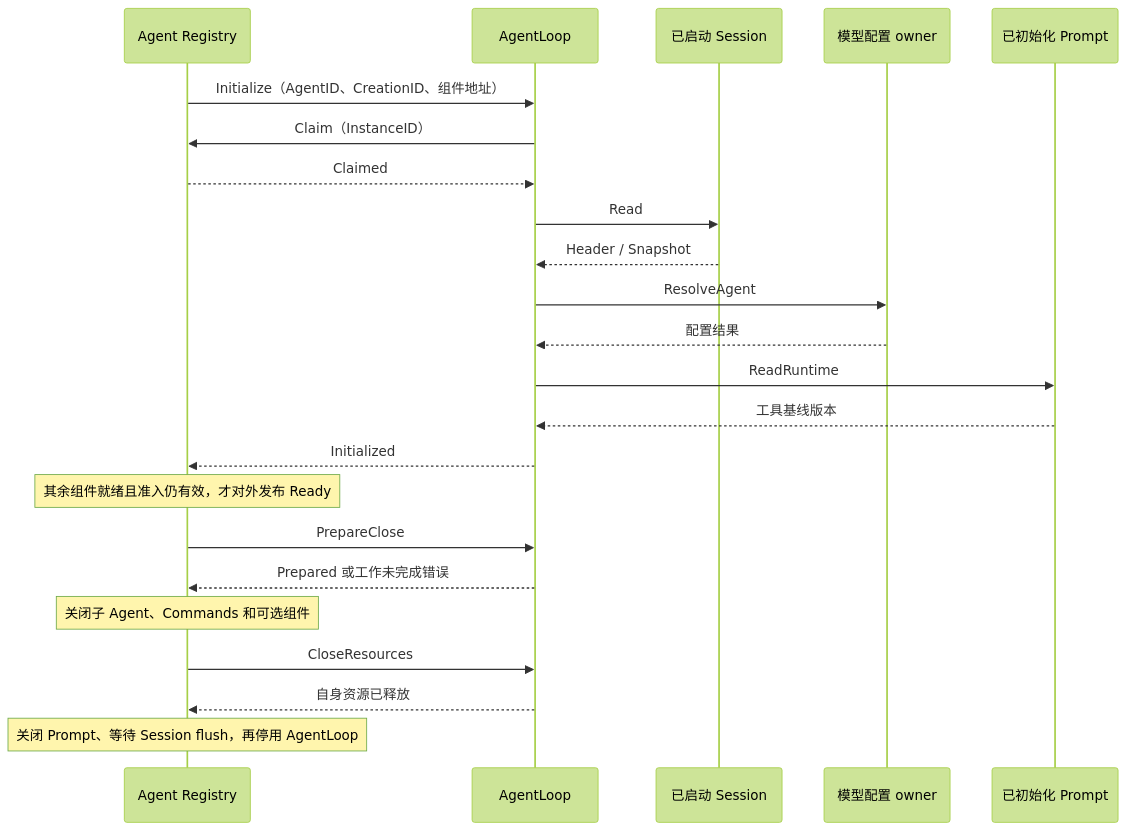
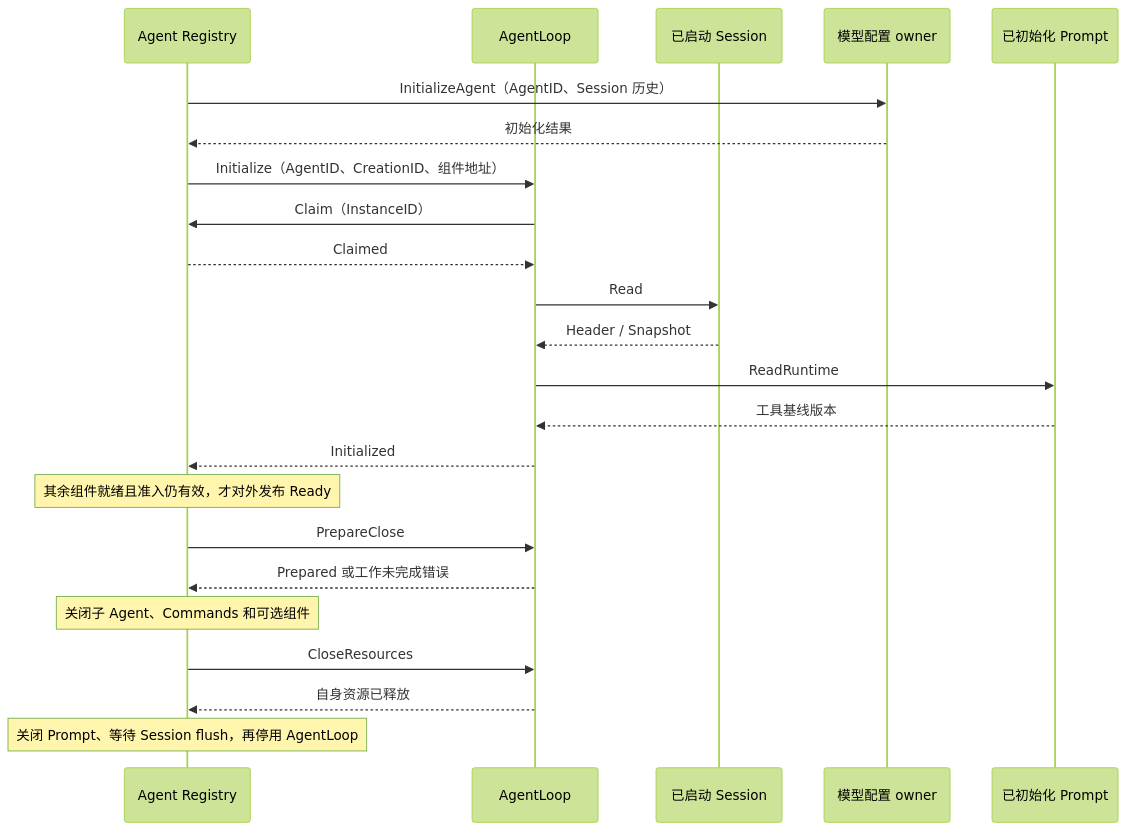
Before and after one commit to gorenx/goren: the first of 3 diagrams in agentloop/actor/README.zh-CN.md, drawn with Mermaid (forest theme). The commit also changed other lines of this file and 31 other files, not shown here.

````diff
--- a/agentloop/actor/README.zh-CN.md
+++ b/agentloop/actor/README.zh-CN.md
@@ -13,25 +13,25 @@
 ```mermaid
 sequenceDiagram
  participant R as Agent Registry
  participant A as AgentLoop
  participant S as 已启动 Session
  participant M as 模型配置 owner
  participant P as 已初始化 Prompt
+ R->>M: InitializeAgent（AgentID、Session 历史）
+ M-->>R: 初始化结果
  R->>A: Initialize（AgentID、CreationID、组件地址）
  A->>R: Claim（InstanceID）
  R-->>A: Claimed
  A->>S: Read
  S-->>A: Header / Snapshot
- A->>M: ResolveAgent
- M-->>A: 配置结果
  A->>P: ReadRuntime
  P-->>A: 工具基线版本
  A-->>R: Initialized
  Note over R: 其余组件就绪且准入仍有效，才对外发布 Ready
  R->>A: PrepareClose
  A-->>R: Prepared 或工作未完成错误
  Note over R: 关闭子 Agent、Commands 和可选组件
  R->>A: CloseResources
  A-->>R: 自身资源已释放
  Note over R: 关闭 Prompt、等待 Session flush，再停用 AgentLoop
 ```
````
